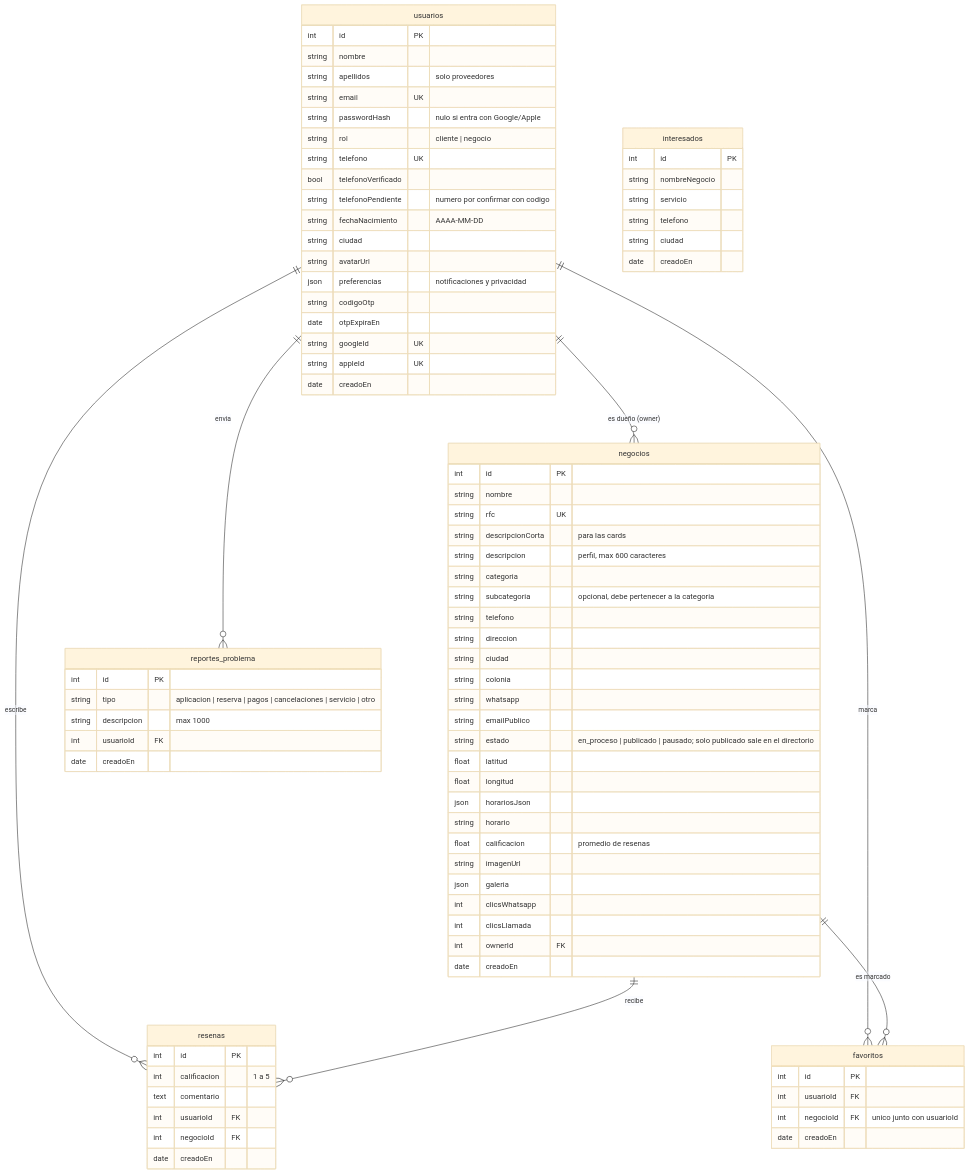
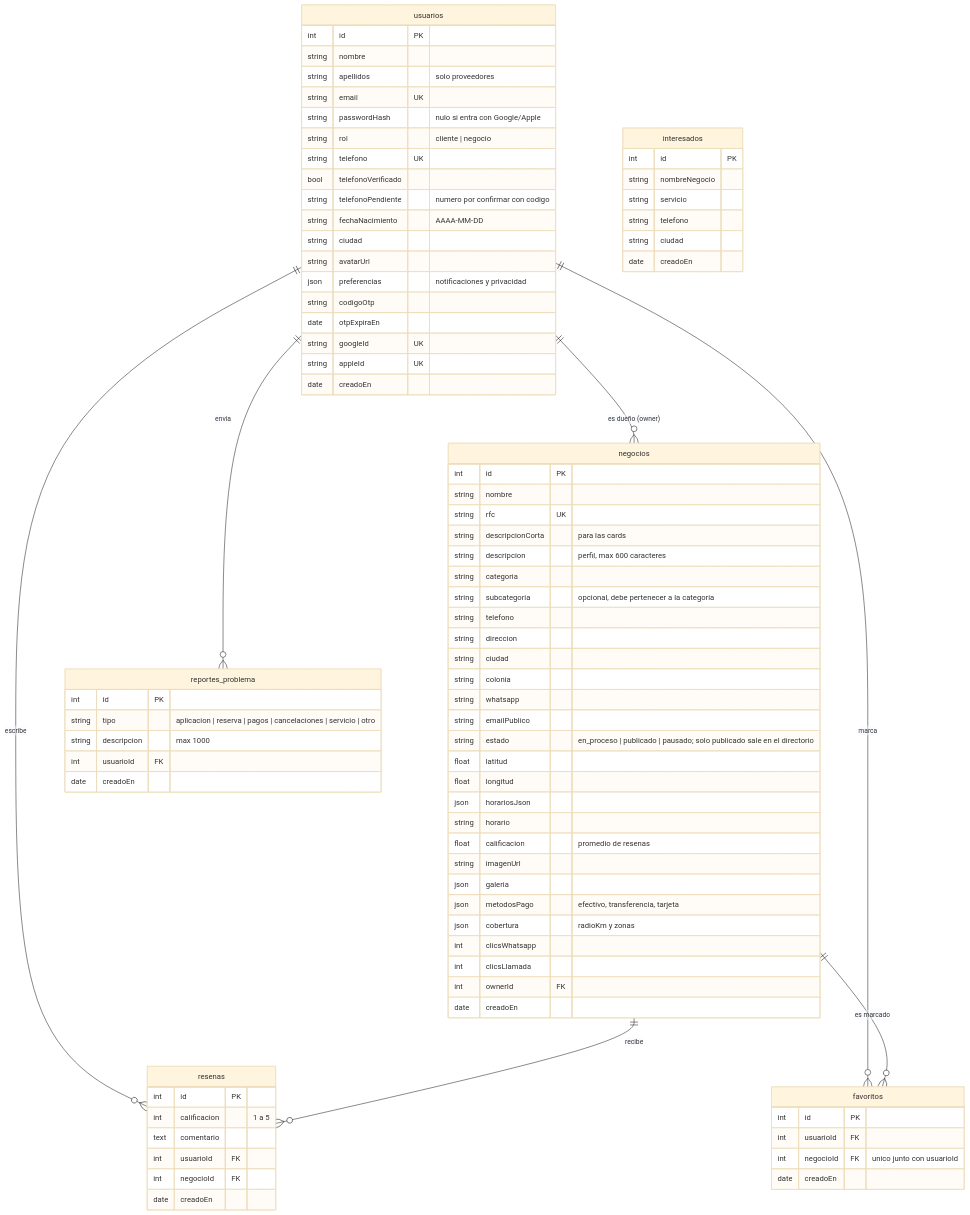
The diagram in docs/base-de-datos.md (lonzo260703-design/Divika-APP-PRIME), drawn with Mermaid (base theme) before and after one commit. The commit also changed 1 other file, not shown here.

Commit message:
Docs: metodosPago y cobertura del negocio
Claude-Session: https://claude.ai/code/session_01MYPr4UNnnnrbeZg6BZtKDc

```diff
--- a/docs/base-de-datos.md
+++ b/docs/base-de-datos.md
@@ -60,6 +60,8 @@
     float calificacion "promedio de resenas"
     string imagenUrl
     json galeria
+    json metodosPago "efectivo, transferencia, tarjeta"
+    json cobertura "radioKm y zonas"
     int clicsWhatsapp
     int clicsLlamada
     int ownerId FK
```
